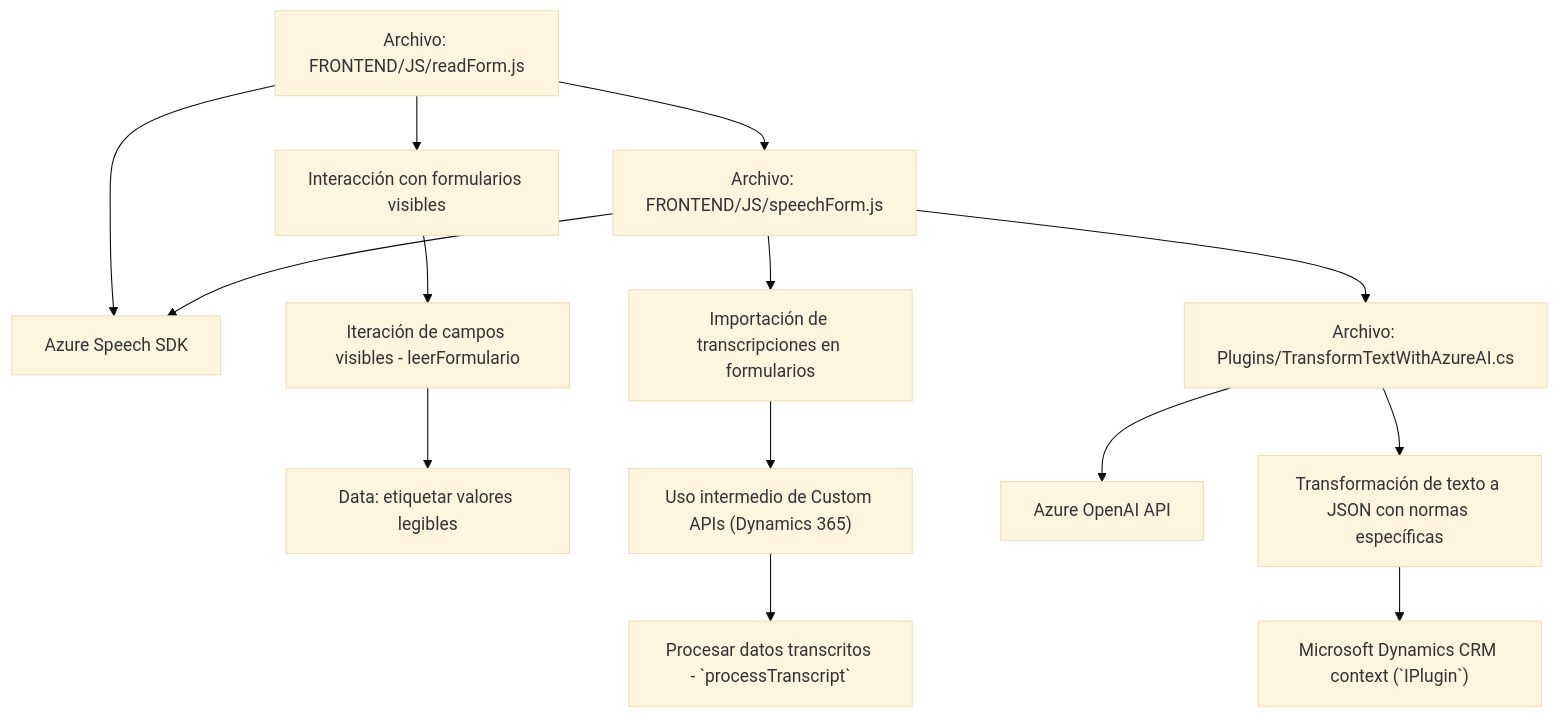
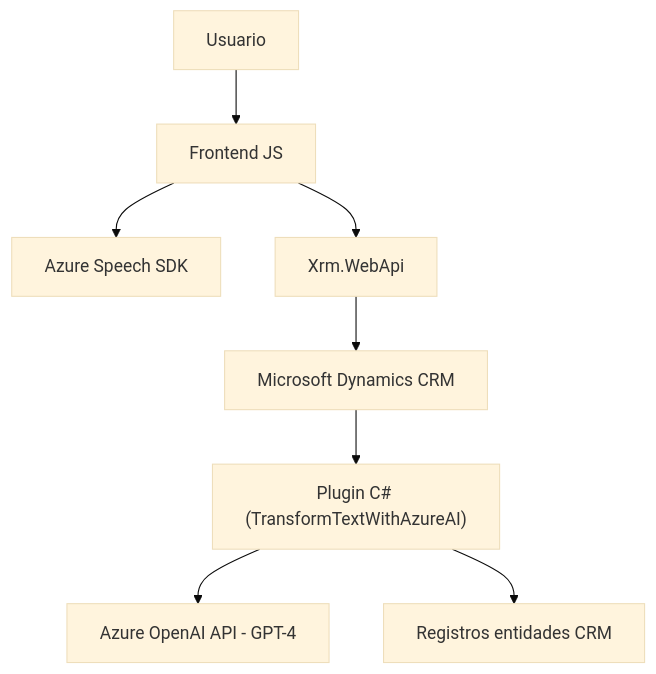
One commit to blopezdm/NETCORE_BILBAO2025 changed the diagram in README.md. Above: the diagram before and after it, drawn with Mermaid (base theme). The commit also changed other lines of this file, not shown here.

Commit message:
Actualizar análisis global de la solución con IA

````diff
--- a/README.md
+++ b/README.md
@@ -42,19 +52,10 @@
 ```mermaid
 graph TD
-  A["Archivo: FRONTEND/JS/readForm.js"] --> B["Azure Speech SDK"]
-  A --> C["Interacción con formularios visibles"]
-  C --> D["Iteración de campos visibles - leerFormulario"]
-  D --> E["Data: etiquetar valores legibles"]
-
-  F["Archivo: FRONTEND/JS/speechForm.js"] --> B
-  F --> G["Importación de transcripciones en formularios"]
-  G --> H["Uso intermedio de Custom APIs (Dynamics 365)"]
-  H --> I["Procesar datos transcritos - `processTranscript`"]
-
-  J["Archivo: Plugins/TransformTextWithAzureAI.cs"] --> K["Azure OpenAI API"]
-  J --> L["Transformación de texto a JSON con normas específicas"]
-  L --> M["Microsoft Dynamics CRM context (`IPlugin`)"]
-
-  A --> F
-  F --> J
+    A["Usuario"] --> B["Frontend JS"]
+    B --> C["Azure Speech SDK"]
+    B --> D["Xrm.WebApi"]
+    D --> E["Microsoft Dynamics CRM"]
+    E --> F["Plugin C# (TransformTextWithAzureAI)"]
+    F --> G["Azure OpenAI API - GPT-4"]
+    F --> H["Registros entidades CRM"]
 ```
````
